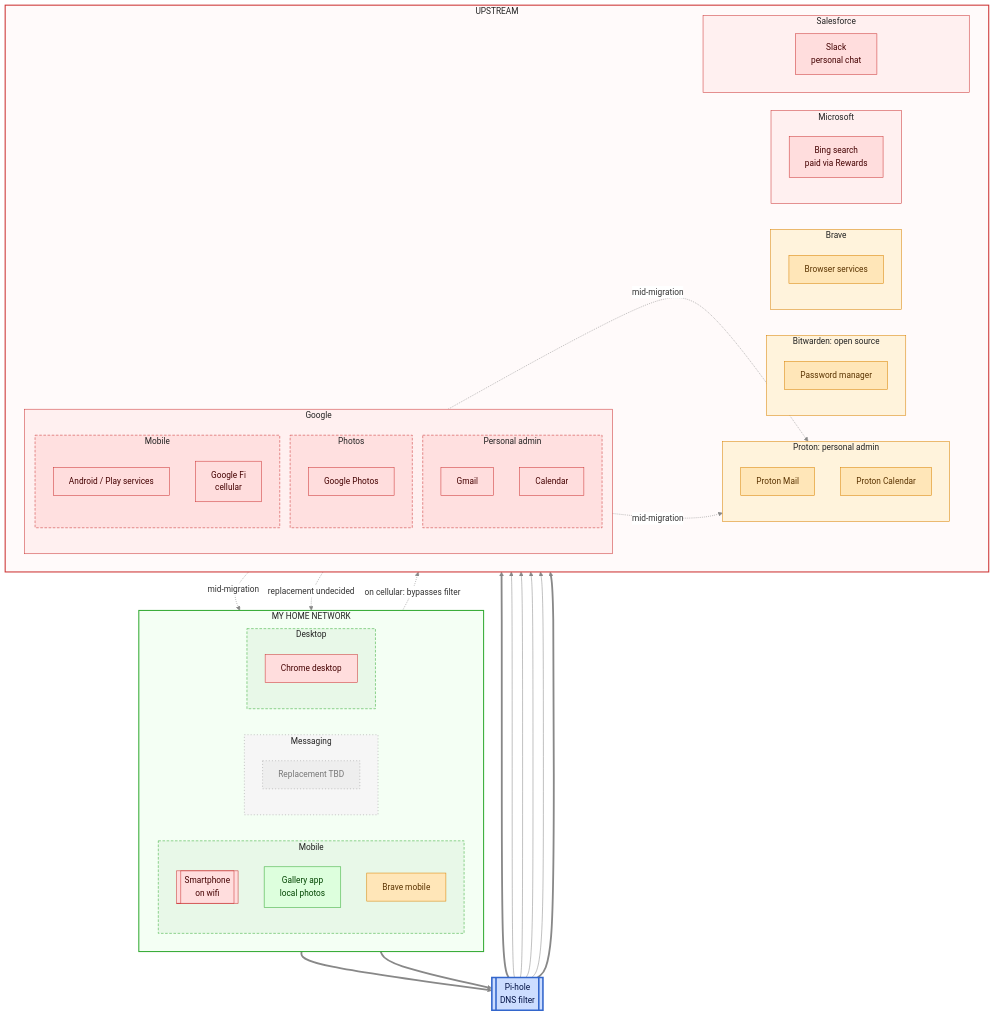
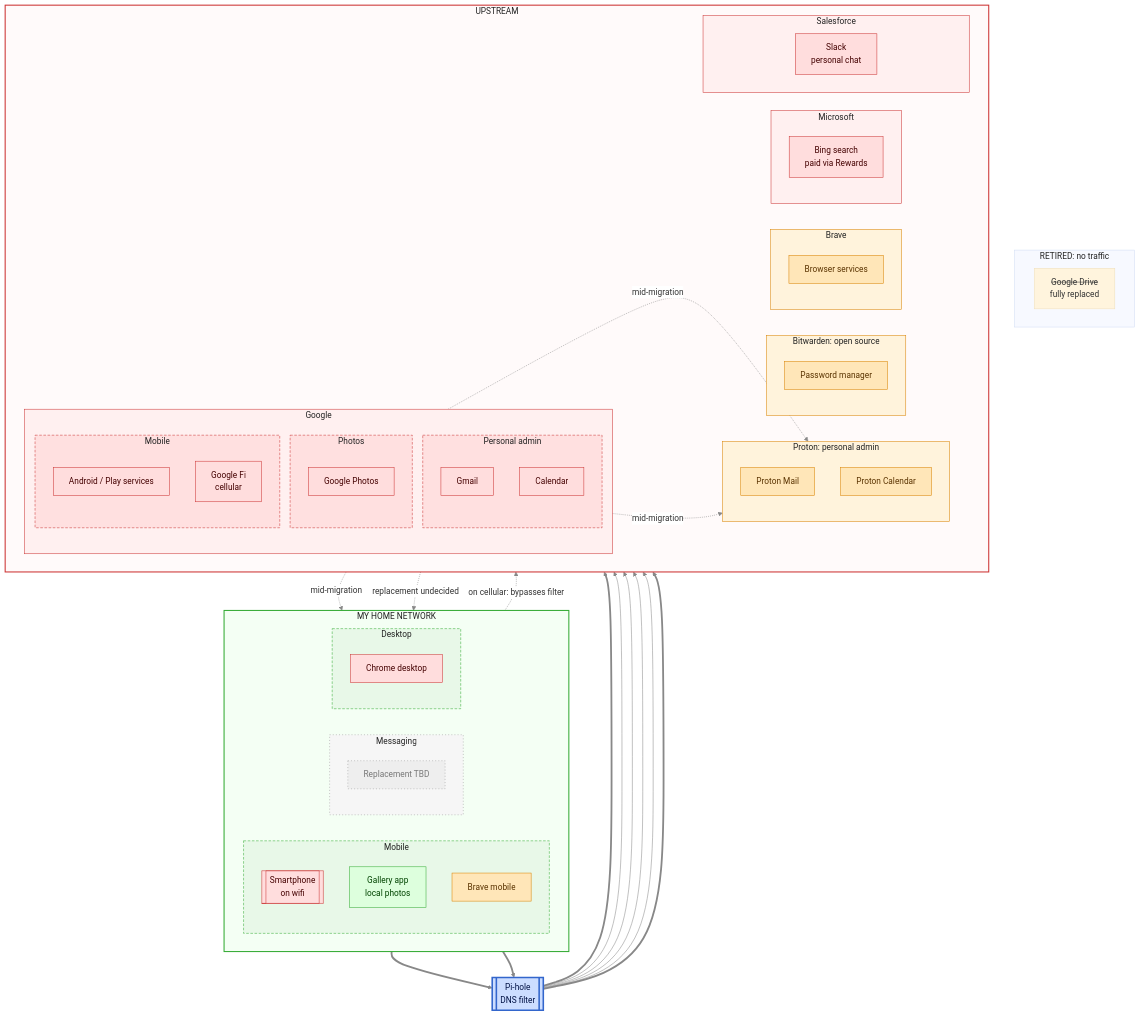
One commit to lowlydba/torch-the-tech changed the fourth of 5 diagrams in README.md. Above: the diagram before and after it, drawn with Mermaid. The commit also changed other lines of this file, not shown here.

Commit message:
Add retired Google Drive

```diff
--- a/README.md
+++ b/README.md
@@ -278,6 +286,10 @@
             direction TB
             chrome[Chrome desktop]
         end
+    end
+
+    subgraph retired["RETIRED: no traffic"]
+        gdrive[<s>Google Drive</s><br/>fully replaced]
     end
 
     pihole[[Pi-hole<br/>DNS filter]]
```
